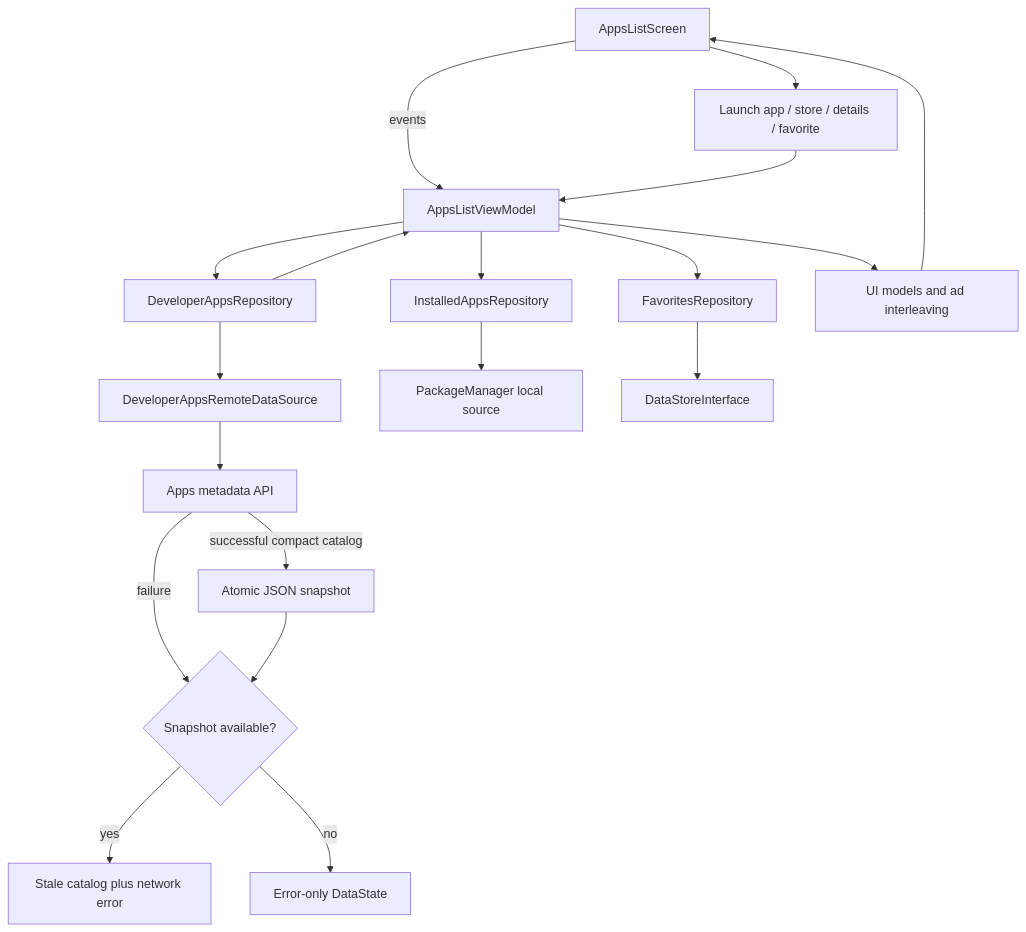
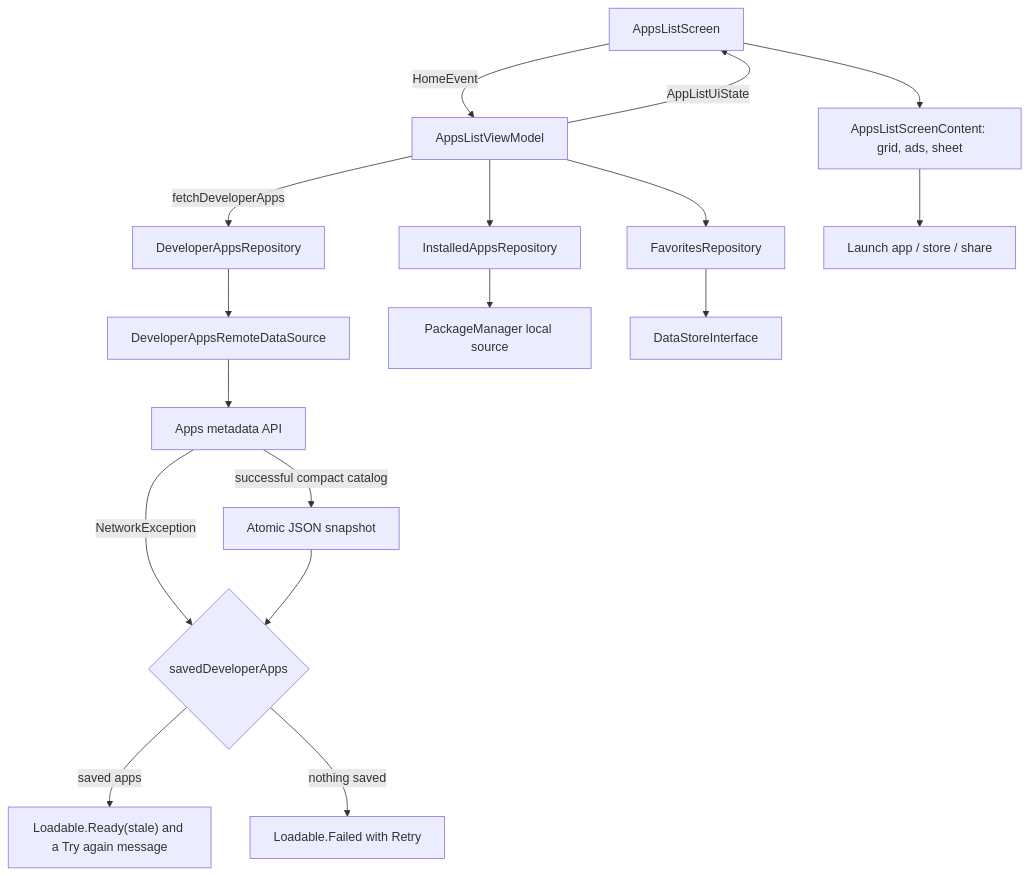
The diagram in sample/feature/apps/README.md (MihaiCristianCondrea/App-Toolkit-for-Android), drawn with Mermaid before and after one commit. The commit also changed other lines of this file and 55 other files, not shown here.

````diff
--- a/sample/feature/apps/README.md
+++ b/sample/feature/apps/README.md
@@ -44,21 +44,19 @@
 ```mermaid
 flowchart TD
-    Screen[AppsListScreen] -->|events| VM[AppsListViewModel]
-    VM --> Developer[DeveloperAppsRepository]
+    Screen[AppsListScreen] -->|HomeEvent| VM[AppsListViewModel]
+    VM -->|fetchDeveloperApps| Developer[DeveloperAppsRepository]
     Developer --> Remote[DeveloperAppsRemoteDataSource]
     Remote --> Api[Apps metadata API]
     Api -->|successful compact catalog| Cache[Atomic JSON snapshot]
-    Api -->|failure| Fallback{Snapshot available?}
+    Api -->|NetworkException| Fallback{savedDeveloperApps}
     Cache --> Fallback
-    Fallback -->|yes| Stale[Stale catalog plus network error]
-    Fallback -->|no| Error[Error-only DataState]
-    Developer --> VM
+    Fallback -->|saved apps| Stale["Loadable.Ready(stale) and a Try again message"]
+    Fallback -->|nothing saved| Failed[Loadable.Failed with Retry]
     VM --> Installed[InstalledAppsRepository]
     Installed --> Packages[PackageManager local source]
     VM --> Favorites[FavoritesRepository]
     Favorites --> Store[DataStoreInterface]
-    VM --> Items[UI models and ad interleaving]
-    Items --> Screen
-    Screen --> Actions[Launch app / store / details / favorite]
-    Actions --> VM
+    VM -->|AppListUiState| Screen
+    Screen --> Content[AppsListScreenContent: grid, ads, sheet]
+    Content --> Actions[Launch app / store / share]
 ```
````
